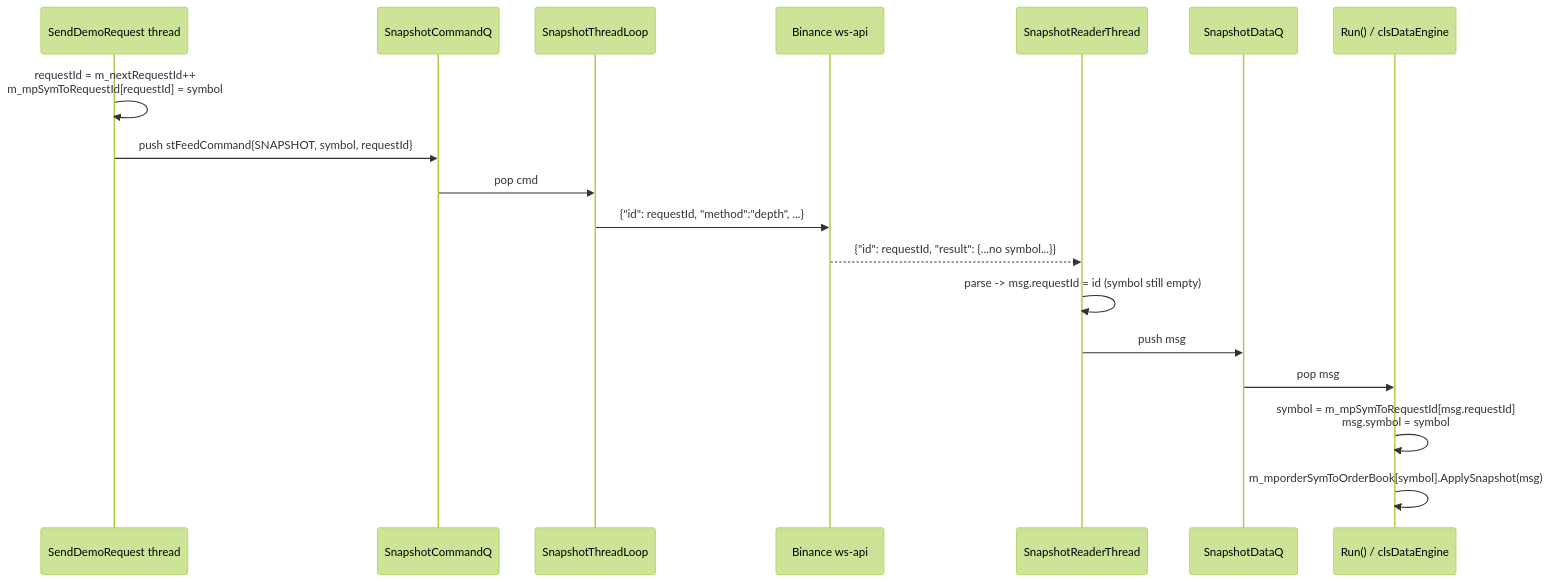
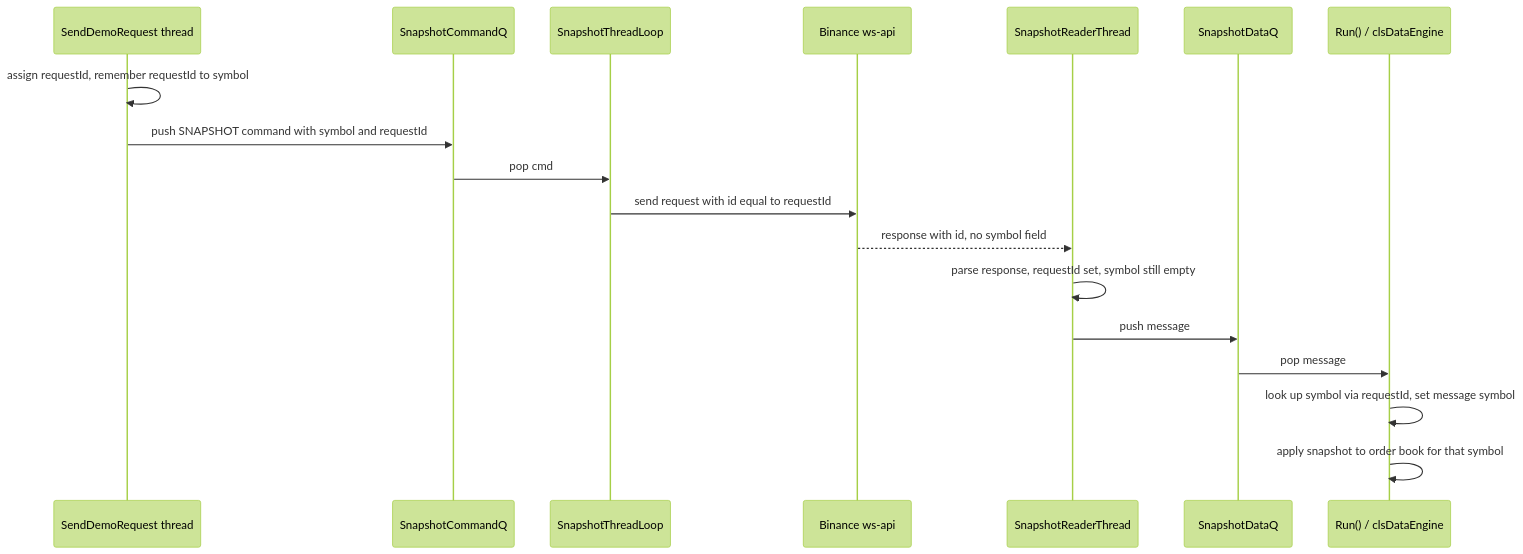
Before and after one commit to pratikgore/marketcore: the third of 3 diagrams in architecture/thread_and_queue_model.md, drawn with Mermaid (forest theme). The commit also changed other lines of this file and 1 other file, not shown here.

Commit message:
ARCH : updated diagram

````diff
--- a/architecture/thread_and_queue_model.md
+++ b/architecture/thread_and_queue_model.md
@@ -98,21 +102,21 @@
 ```mermaid
 sequenceDiagram
     participant SDR as SendDemoRequest thread
     participant SCQ as SnapshotCommandQ
     participant SNAPLOOP as SnapshotThreadLoop
     participant BIN as Binance ws-api
     participant SNAPREAD as SnapshotReaderThread
     participant SDQ as SnapshotDataQ
     participant RUN as Run() / clsDataEngine
 
-    SDR->>SDR: requestId = m_nextRequestId++<br/>m_mpSymToRequestId[requestId] = symbol
-    SDR->>SCQ: push stFeedCommand{SNAPSHOT, symbol, requestId}
+    SDR->>SDR: assign requestId, remember requestId to symbol
+    SDR->>SCQ: push SNAPSHOT command with symbol and requestId
     SCQ->>SNAPLOOP: pop cmd
-    SNAPLOOP->>BIN: {"id": requestId, "method":"depth", ...}
-    BIN-->>SNAPREAD: {"id": requestId, "result": {...no symbol...}}
-    SNAPREAD->>SNAPREAD: parse -> msg.requestId = id (symbol still empty)
-    SNAPREAD->>SDQ: push msg
-    SDQ->>RUN: pop msg
-    RUN->>RUN: symbol = m_mpSymToRequestId[msg.requestId]<br/>msg.symbol = symbol
-    RUN->>RUN: m_mporderSymToOrderBook[symbol].ApplySnapshot(msg)
+    SNAPLOOP->>BIN: send request with id equal to requestId
+    BIN-->>SNAPREAD: response with id, no symbol field
+    SNAPREAD->>SNAPREAD: parse response, requestId set, symbol still empty
+    SNAPREAD->>SDQ: push message
+    SDQ->>RUN: pop message
+    RUN->>RUN: look up symbol via requestId, set message symbol
+    RUN->>RUN: apply snapshot to order book for that symbol
 ```
````
